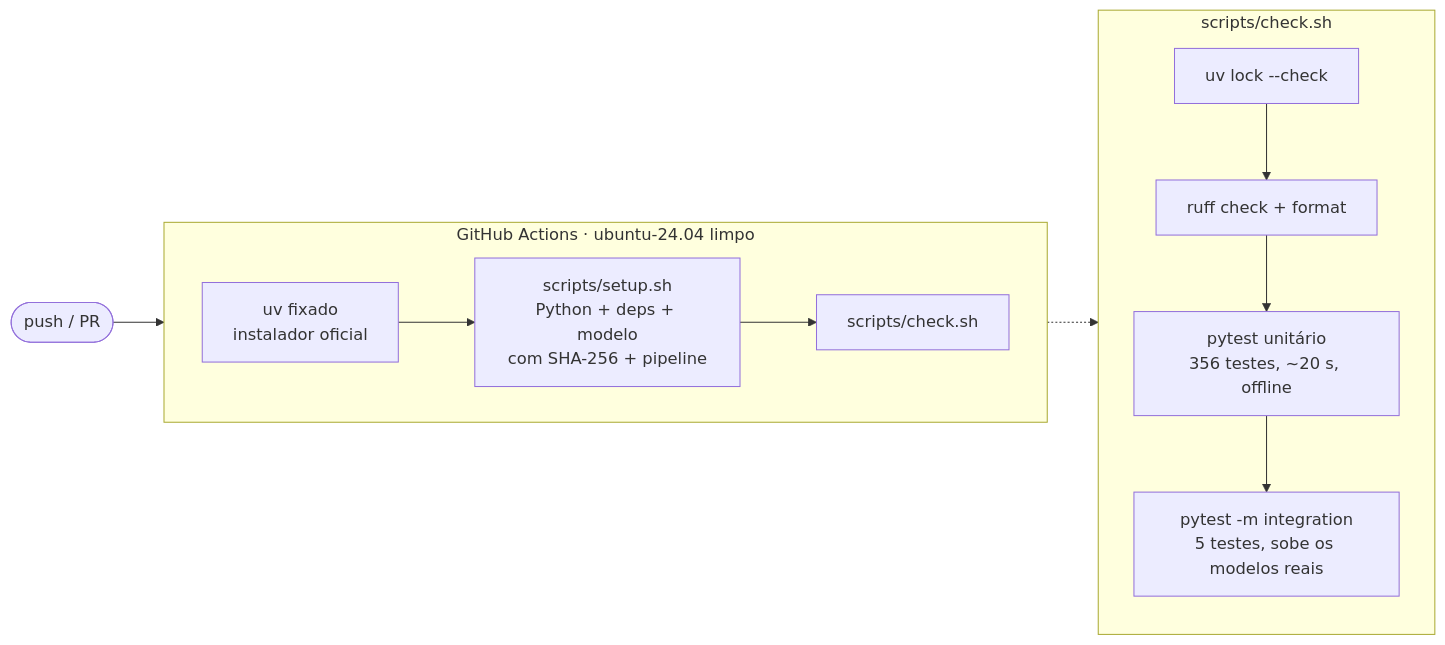
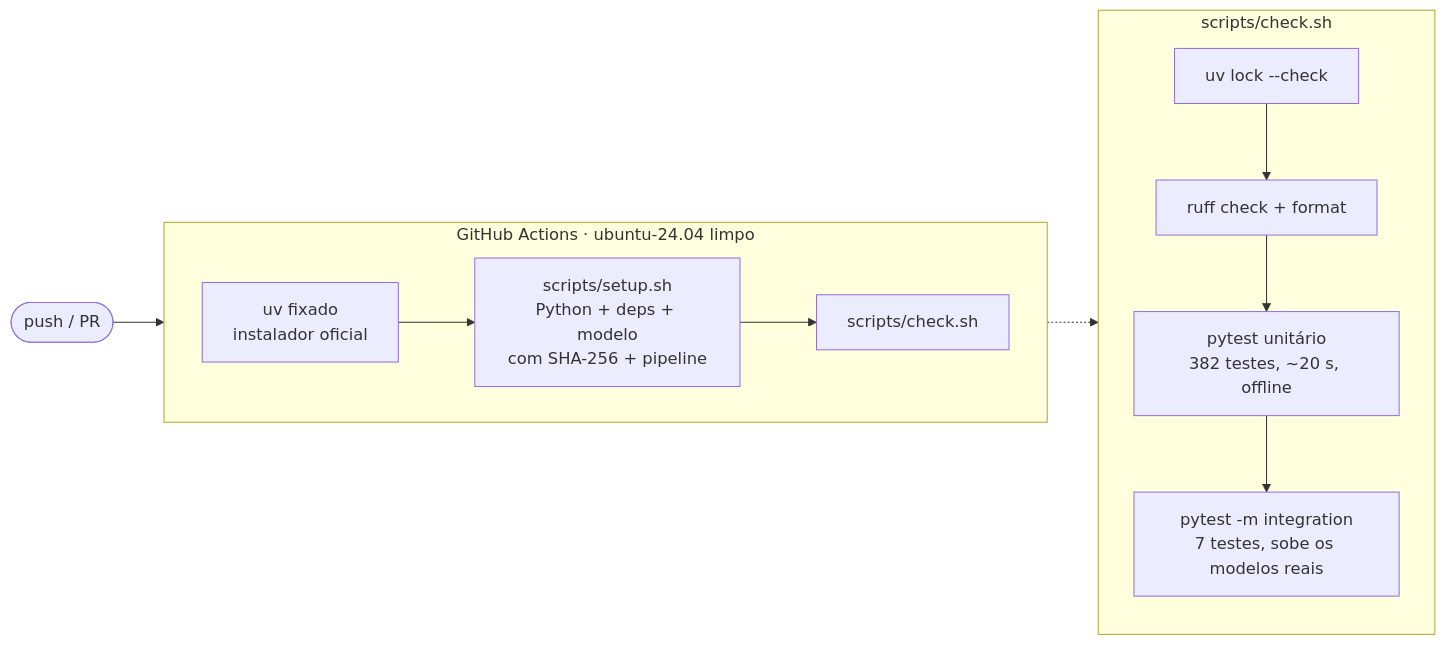
Before and after one commit to RonildoSilva/ai-engineer-challenge: the sixth of 16 diagrams in README.md, drawn with Mermaid. The commit also changed other lines of this file and 8 other files, not shown here.

````diff
--- a/README.md
+++ b/README.md
@@ -222,15 +225,15 @@
 ```mermaid
 flowchart LR
     P([push / PR]) --> CI
     subgraph CI[GitHub Actions · ubuntu-24.04 limpo]
         direction LR
         U[uv fixado<br/>instalador oficial] --> S[scripts/setup.sh<br/>Python + deps + modelo<br/>com SHA-256 + pipeline] --> K[scripts/check.sh]
     end
     subgraph K2[scripts/check.sh]
         direction TB
         L1[uv lock --check] --> L2[ruff check + format]
-        L2 --> L3[pytest unitário<br/>356 testes, ~20 s, offline]
-        L3 --> L4[pytest -m integration<br/>5 testes, sobe os modelos reais]
+        L2 --> L3[pytest unitário<br/>382 testes, ~20 s, offline]
+        L3 --> L4[pytest -m integration<br/>7 testes, sobe os modelos reais]
     end
     K -.-> K2
 ```
````
